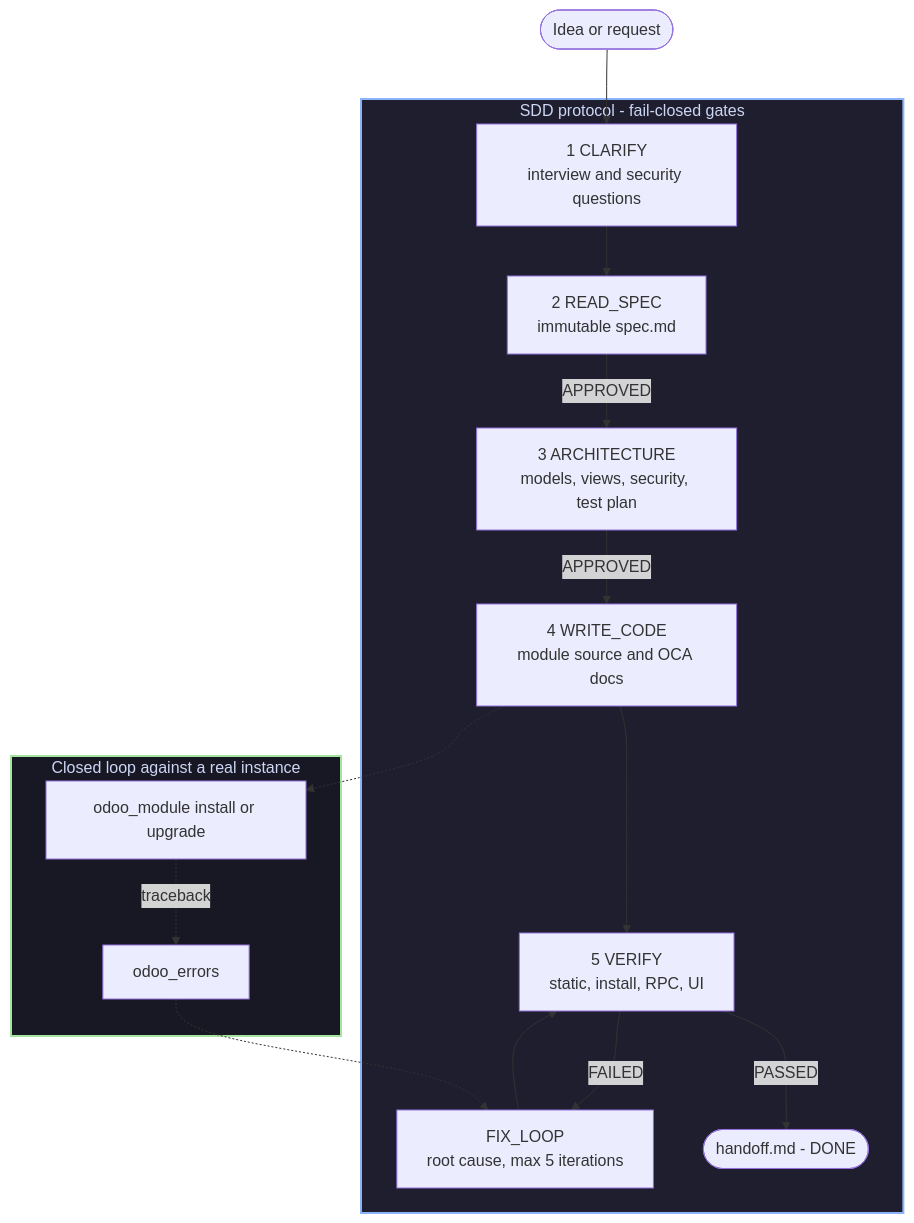
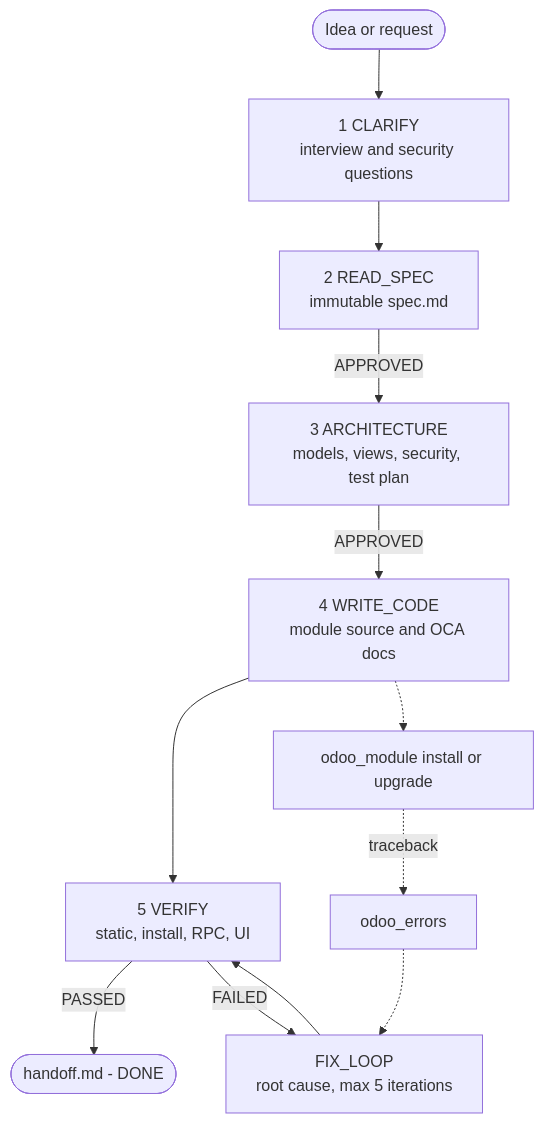
Before and after one commit to fhidalgodev/dsh-odoo-sdd: the first of 2 diagrams in README.md, drawn with Mermaid. The commit also changed other lines of this file and 5 other files, not shown here.

First line of the commit message:
[DOCS] dsh-odoo-sdd: neutral example instances and a theme-agnostic diagram

````diff
--- a/README.md
+++ b/README.md
@@ -86,23 +86,14 @@
 ```mermaid
-graph TD
-    A(["Idea or request"]) --> C1
-
-    subgraph P [SDD protocol - fail-closed gates]
-        C1["1 CLARIFY<br/>interview and security questions"] --> R2["2 READ_SPEC<br/>immutable spec.md"]
-        R2 -->|APPROVED| A3["3 ARCHITECTURE<br/>models, views, security, test plan"]
-        A3 -->|APPROVED| W4["4 WRITE_CODE<br/>module source and OCA docs"]
-        W4 --> V5["5 VERIFY<br/>static, install, RPC, UI"]
-        V5 -->|PASSED| D9(["handoff.md - DONE"])
-        V5 -->|FAILED| F6["FIX_LOOP<br/>root cause, max 5 iterations"]
-        F6 --> V5
-    end
-
-    subgraph L [Closed loop against a real instance]
-        W4 -.-> M7["odoo_module install or upgrade"]
-        M7 -.->|traceback| E8["odoo_errors"]
-        E8 -.-> F6
-    end
-
-    style P fill:#1e1e2e,stroke:#89b4fa,stroke-width:2px,color:#cdd6f4
-    style L fill:#181825,stroke:#a6e3a1,stroke-width:2px,color:#cdd6f4
+flowchart TD
+    A(["Idea or request"]) --> C1["1 CLARIFY<br/>interview and security questions"]
+    C1 --> R2["2 READ_SPEC<br/>immutable spec.md"]
+    R2 -->|APPROVED| A3["3 ARCHITECTURE<br/>models, views, security, test plan"]
+    A3 -->|APPROVED| W4["4 WRITE_CODE<br/>module source and OCA docs"]
+    W4 --> V5["5 VERIFY<br/>static, install, RPC, UI"]
+    V5 -->|PASSED| D9(["handoff.md - DONE"])
+    V5 -->|FAILED| F6["FIX_LOOP<br/>root cause, max 5 iterations"]
+    F6 --> V5
+    W4 -.-> M7["odoo_module install or upgrade"]
+    M7 -.->|traceback| E8["odoo_errors"]
+    E8 -.-> F6
 ```
````
